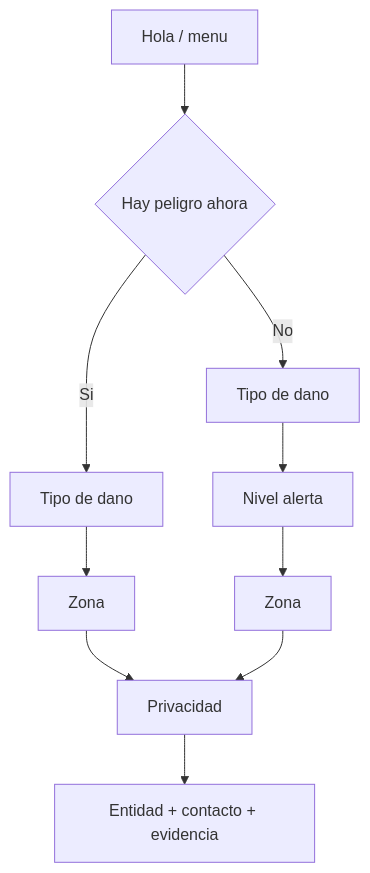
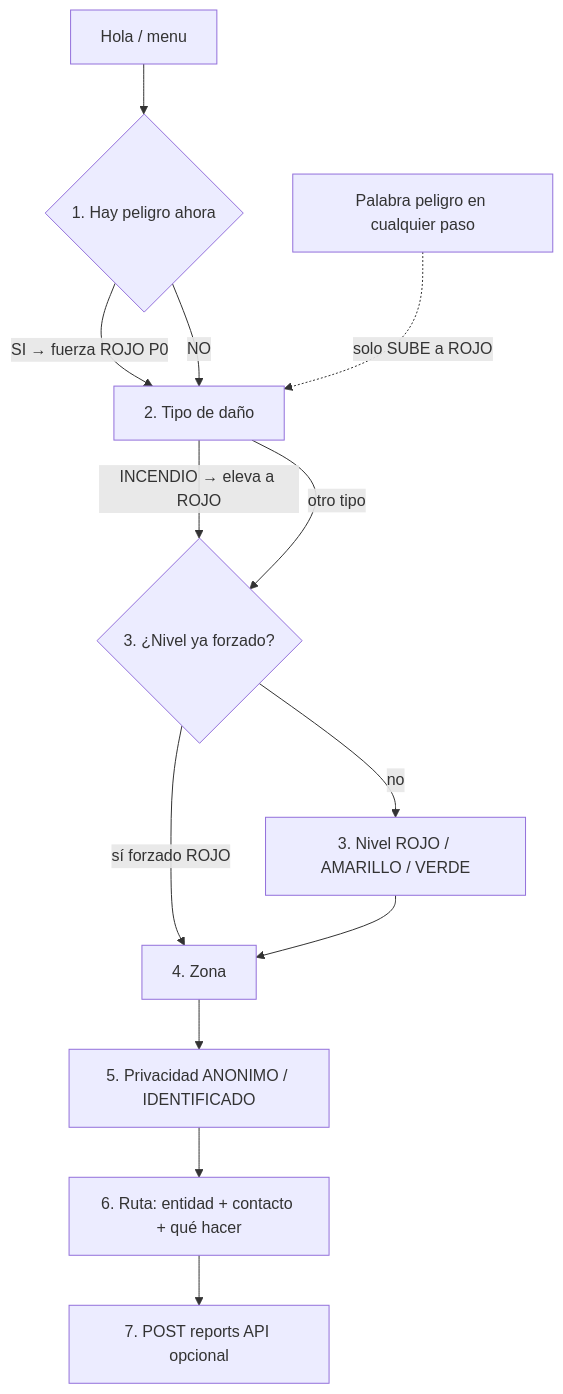
The diagram in docs/bot/arbol-decision.md (Jgmaza/guardianes-del-manglar), drawn with Mermaid before and after one commit. The commit also changed other lines of this file and 3 other files, not shown here.

````diff
--- a/docs/bot/arbol-decision.md
+++ b/docs/bot/arbol-decision.md
@@ -5,12 +22,20 @@
 ```mermaid
 flowchart TD
-  startNode[Hola / menu] --> peligro{Hay peligro ahora}
-  peligro -->|Si| tipoR[Tipo de dano]
-  peligro -->|No| tipoN[Tipo de dano]
-  tipoR --> zonaR[Zona]
-  tipoN --> nivel[Nivel alerta]
-  nivel --> zonaN[Zona]
-  zonaR --> priv[Privacidad]
-  zonaN --> priv
-  priv --> ruta[Entidad + contacto + evidencia]
+  startNode[Hola / menu] --> peligro{1. Hay peligro ahora}
+
+  peligro -->|SI → fuerza ROJO P0| tipo[2. Tipo de daño]
+  peligro -->|NO| tipo
+
+  tipo -->|INCENDIO → eleva a ROJO| nivelGate{3. ¿Nivel ya forzado?}
+  tipo -->|otro tipo| nivelGate
+
+  nivelGate -->|sí forzado ROJO| zona[4. Zona]
+  nivelGate -->|no| nivel[3. Nivel ROJO / AMARILLO / VERDE]
+  nivel --> zona
+
+  zona --> priv[5. Privacidad ANONIMO / IDENTIFICADO]
+  priv --> ruta[6. Ruta: entidad + contacto + qué hacer]
+  ruta --> api[7. POST reports API opcional]
+
+  dangerKw[Palabra peligro en cualquier paso] -.->|solo SUBE a ROJO| tipo
 ```
````
